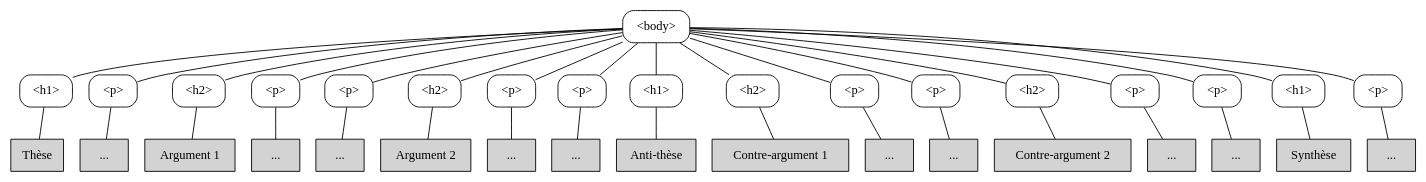
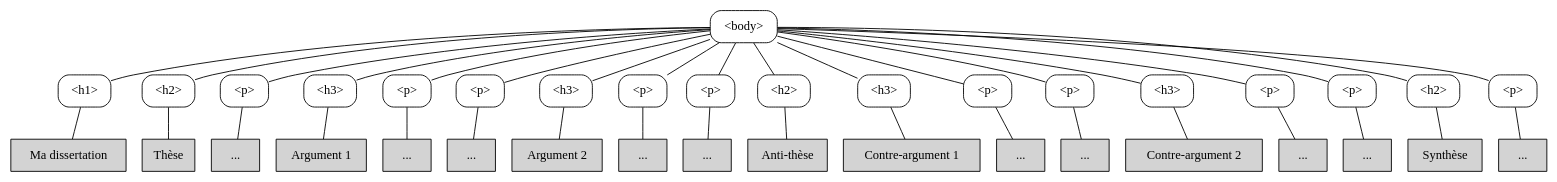
Before and after one commit to pchampin/intro-web: the second of 3 diagrams in source/html.rst, drawn with Graphviz. The commit also changed other lines of this file, not shown here.

```diff
--- a/source/html.rst
+++ b/source/html.rst
@@ -501,54 +502,56 @@
 .. graphviz::
 
    graph {
      node  [ shape=elipse, style=filled ]
 
-     body -- h1_1 -- "Thèse"
+     body -- h1 -- "Ma dissertation"
+     body -- h2_1 -- "Thèse"
      body -- p_1 -- "...1"
-     body -- h2_1 -- "Argument 1"
+     body -- h3_1 -- "Argument 1"
      body -- p_2 -- "...2"
      body -- p_3 -- "...3"
-     body -- h2_2 -- "Argument 2"
+     body -- h3_2 -- "Argument 2"
      body -- p_4 -- "...4"
      body -- p_5 -- "...5"
-     body -- h1_2 -- "Anti-thèse"
-     body -- h2_3 -- "Contre-argument 1"
+     body -- h2_2 -- "Anti-thèse"
+     body -- h3_3 -- "Contre-argument 1"
      body -- p_6 -- "...6"
      body -- p_7 -- "...7"
-     body -- h2_4 -- "Contre-argument 2"
+     body -- h3_4 -- "Contre-argument 2"
      body -- p_8 -- "...8"
      body -- p_9 -- "...9"
-     body -- h1_3 -- "Synthèse"
+     body -- h2_3 -- "Synthèse"
      body -- p_10 -- "...10"
 
      body [ label="<body>", shape=box, style=rounded ]
-     h1_1 [ label="<h1>", shape=box, style=rounded ]
-     h1_2 [ label="<h1>", shape=box, style=rounded ]
-     h1_3 [ label="<h1>", shape=box, style=rounded ]
+     h1   [ label="<h1>", shape=box, style=rounded ]
      h2_1 [ label="<h2>", shape=box, style=rounded ]
      h2_2 [ label="<h2>", shape=box, style=rounded ]
      h2_3 [ label="<h2>", shape=box, style=rounded ]
-     h2_4 [ label="<h2>", shape=box, style=rounded ]
+     h3_1 [ label="<h3>", shape=box, style=rounded ]
+     h3_2 [ label="<h3>", shape=box, style=rounded ]
+     h3_3 [ label="<h3>", shape=box, style=rounded ]
+     h3_4 [ label="<h3>", shape=box, style=rounded ]
      p_1 [ label="<p>", shape=box, style=rounded ]
      p_2 [ label="<p>", shape=box, style=rounded ]
      p_3 [ label="<p>", shape=box, style=rounded ]
      p_4 [ label="<p>", shape=box, style=rounded ]
      p_5 [ label="<p>", shape=box, style=rounded ]
      p_6 [ label="<p>", shape=box, style=rounded ]
      p_7 [ label="<p>", shape=box, style=rounded ]
      p_8 [ label="<p>", shape=box, style=rounded ]
      p_9 [ label="<p>", shape=box, style=rounded ]
      p_10 [ label="<p>", shape=box, style=rounded ]
 
      "...1" [ label="..." ]
      "...2" [ label="..." ]
      "...3" [ label="..." ]
      "...4" [ label="..." ]
      "...5" [ label="..." ]
      "...6" [ label="..." ]
      "...7" [ label="..." ]
      "...8" [ label="..." ]
      "...9" [ label="..." ]
      "...10" [ label="..." ]
 
    }
```
